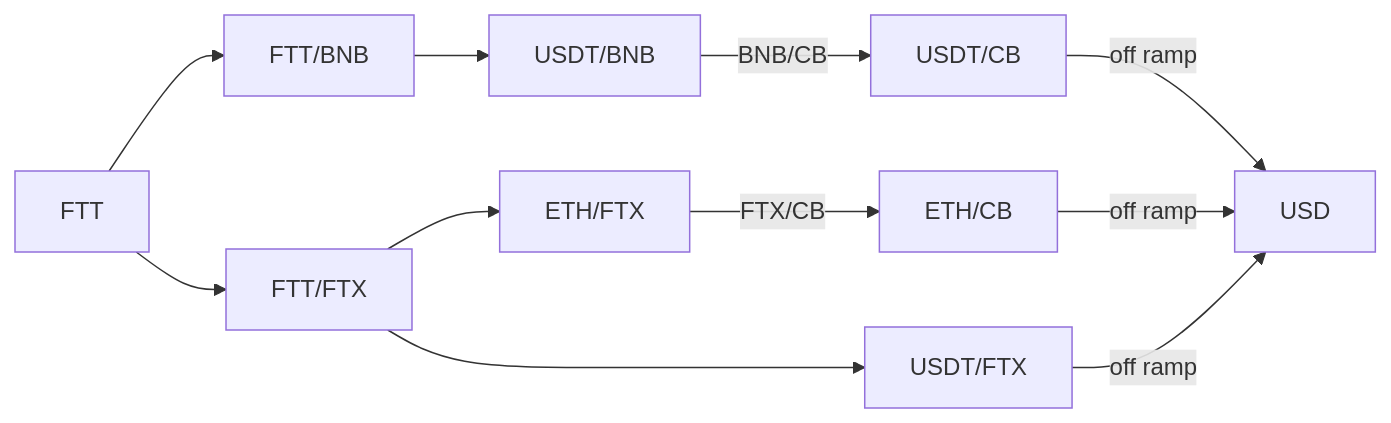
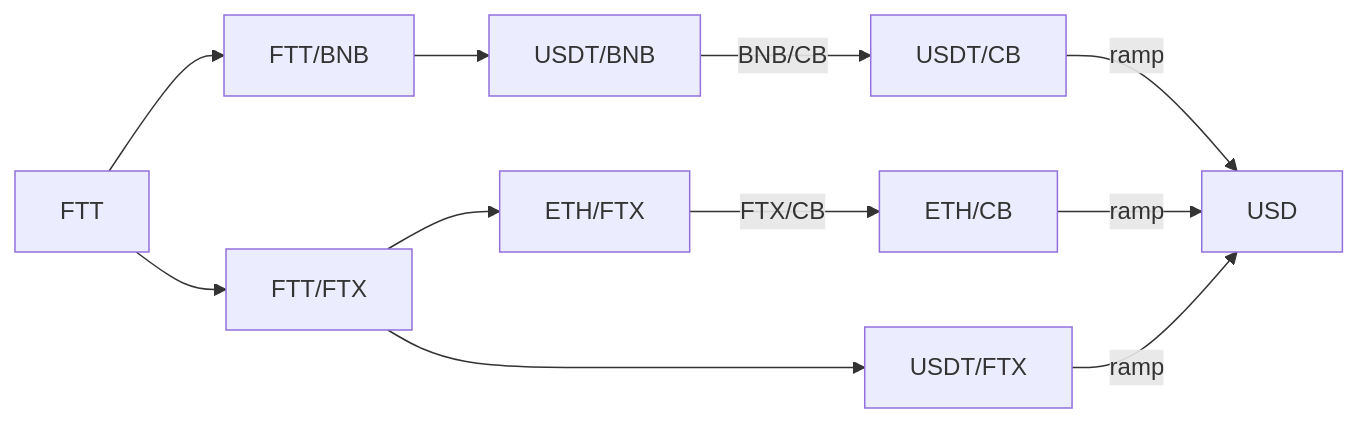
Before and after one commit to Ramzgate/node_setup: the second of 2 diagrams in ubuntu_os.md, drawn with Mermaid.

Commit message:
ubuntu install instructions

````diff
--- a/ubuntu_os.md
+++ b/ubuntu_os.md
@@ -78,13 +78,13 @@
 ```mermaid
 graph LR
   A[FTT] --> B[FTT/BNB]
   B --> C[USDT/BNB]
   C -->|BNB/CB| D[USDT/CB]
-  D -->|off ramp| E[USD]
+  D -->|ramp| E[USD]
   A --> F[FTT/FTX]
   F --> G[ETH/FTX]
   G --> |FTX/CB| H[ETH/CB]
-  H -->|off ramp| E
+  H -->|ramp| E
   F --> I[USDT/FTX]
-  I -->|off ramp| E
+  I -->|ramp| E
 ```
````
